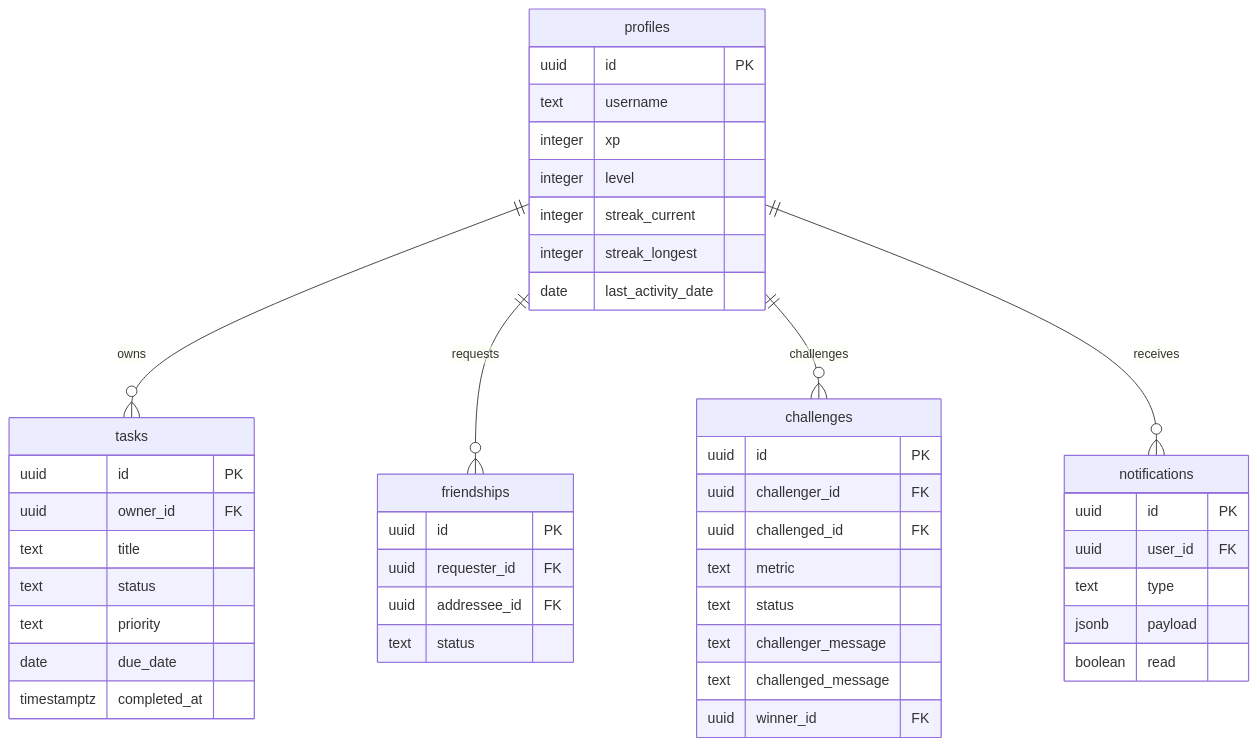
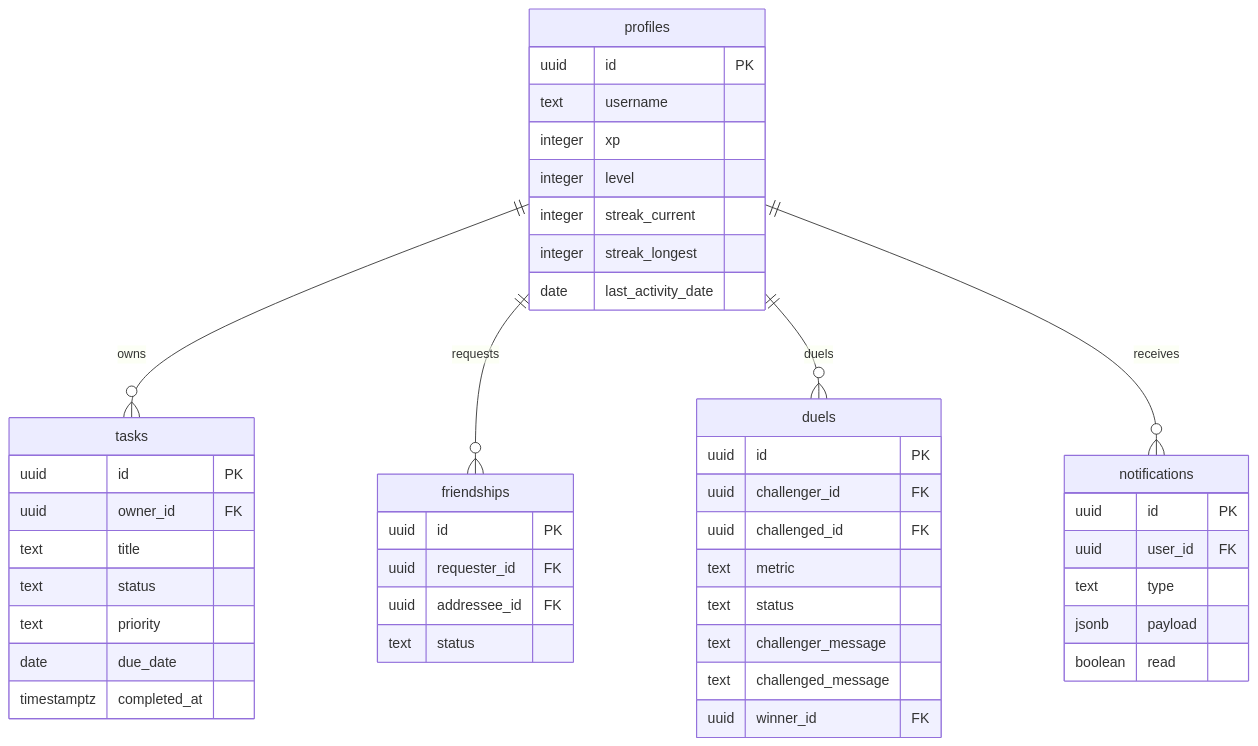
Before and after one commit to ybeneito/respawn: the first of 3 diagrams in docs/superpowers/specs/2026-05-17-respawn-design.md, drawn with Mermaid. The commit also changed other lines of this file and 1 other file, not shown here.

````diff
--- a/docs/superpowers/specs/2026-05-17-respawn-design.md
+++ b/docs/superpowers/specs/2026-05-17-respawn-design.md
@@ -486,49 +578,49 @@
 ```mermaid
 erDiagram
     profiles {
         uuid id PK
         text username
         integer xp
         integer level
         integer streak_current
         integer streak_longest
         date last_activity_date
     }
     tasks {
         uuid id PK
         uuid owner_id FK
         text title
         text status
         text priority
         date due_date
         timestamptz completed_at
     }
     friendships {
         uuid id PK
         uuid requester_id FK
         uuid addressee_id FK
         text status
     }
-    challenges {
+    duels {
         uuid id PK
         uuid challenger_id FK
         uuid challenged_id FK
         text metric
         text status
         text challenger_message
         text challenged_message
         uuid winner_id FK
     }
     notifications {
         uuid id PK
         uuid user_id FK
         text type
         jsonb payload
         boolean read
     }
 
     profiles ||--o{ tasks : "owns"
     profiles ||--o{ friendships : "requests"
-    profiles ||--o{ challenges : "challenges"
+    profiles ||--o{ duels : "duels"
     profiles ||--o{ notifications : "receives"
 ```
````
